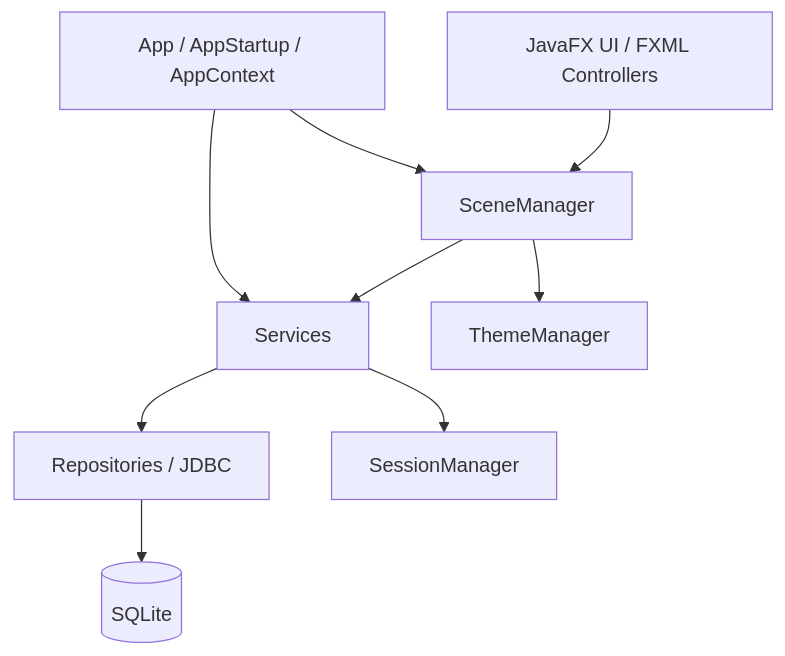
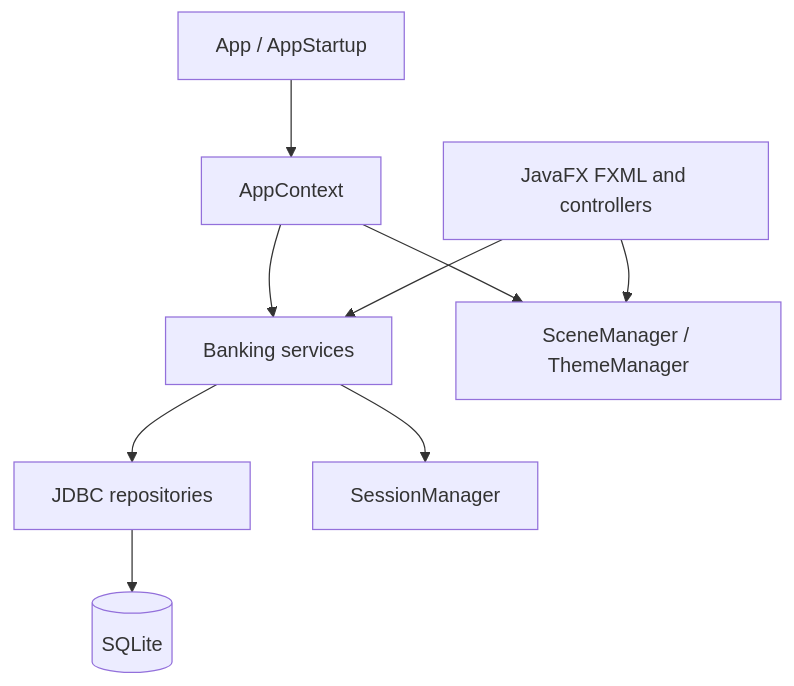
Before and after one commit to ManpreetS2/JavaBankingSystem: the diagram in README.md, drawn with Mermaid. The commit also changed other lines of this file, not shown here.

````diff
--- a/README.md
+++ b/README.md
@@ -50,11 +63,11 @@
 ```mermaid
 flowchart TD
-  UI[JavaFX UI / FXML Controllers] --> SM[SceneManager]
-  SM --> SVC[Services]
-  SVC --> REPO[Repositories / JDBC]
-  REPO --> DB[(SQLite)]
-  SVC --> SESS[SessionManager]
-  SM --> THEME[ThemeManager]
-  APP[App / AppStartup / AppContext] --> SM
-  APP --> SVC
+    APP[App / AppStartup] --> CTX[AppContext]
+    CTX --> SVC[Banking services]
+    CTX --> SCENE[SceneManager / ThemeManager]
+    UI[JavaFX FXML and controllers] --> SVC
+    UI --> SCENE
+    SVC --> REPO[JDBC repositories]
+    REPO --> DB[(SQLite)]
+    SVC --> SESSION[SessionManager]
 ```
````
